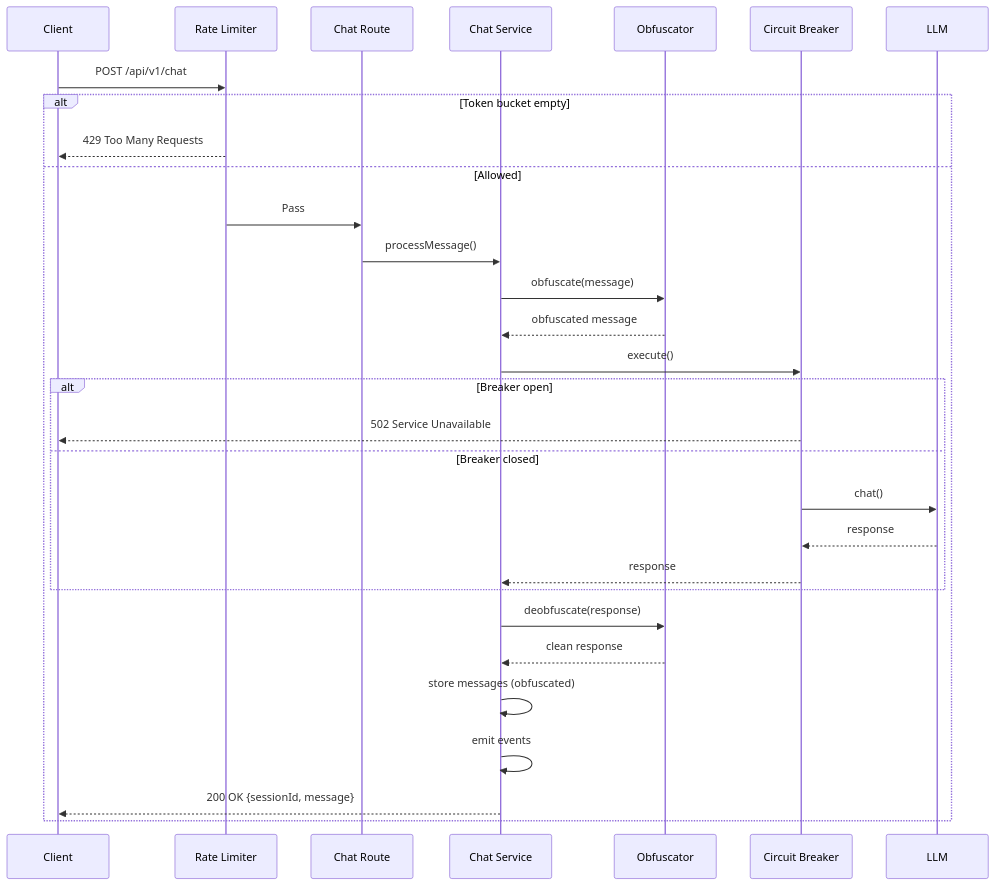
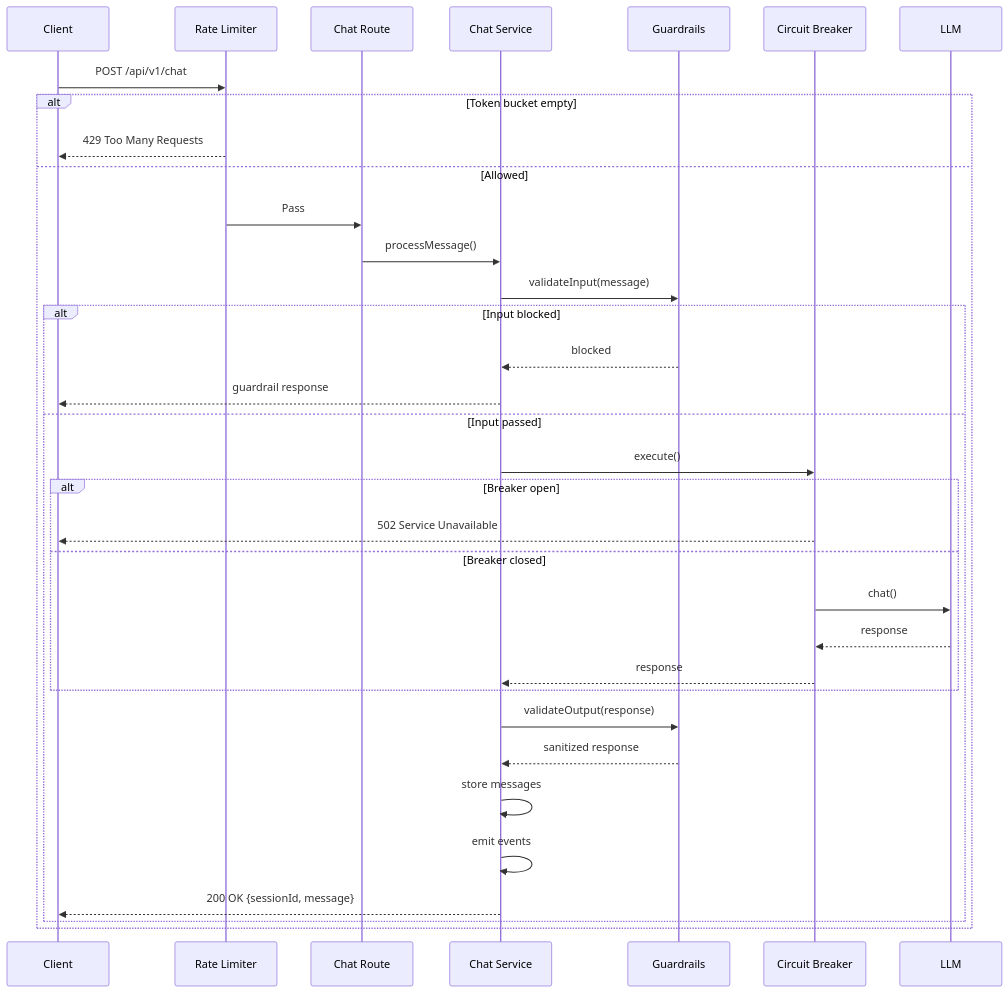
One commit to spencerjireh/portfolio-cms-express-backend-with-mcp-server changed the fourth of 8 diagrams in docs-site/architecture/high-level-design.md. Above: the diagram before and after it, drawn with Mermaid. The commit also changed other lines of this file and 22 other files, not shown here.

````diff
--- a/docs-site/architecture/high-level-design.md
+++ b/docs-site/architecture/high-level-design.md
@@ -149,33 +149,37 @@
 ```mermaid
 sequenceDiagram
     participant Client
     participant RateLimit as Rate Limiter
     participant ChatRoute as Chat Route
     participant ChatSvc as Chat Service
-    participant Obfuscate as Obfuscator
+    participant Guardrails as Guardrails
     participant Circuit as Circuit Breaker
     participant LLM
 
     Client->>RateLimit: POST /api/v1/chat
     alt Token bucket empty
         RateLimit-->>Client: 429 Too Many Requests
     else Allowed
         RateLimit->>ChatRoute: Pass
         ChatRoute->>ChatSvc: processMessage()
-        ChatSvc->>Obfuscate: obfuscate(message)
-        Obfuscate-->>ChatSvc: obfuscated message
-        ChatSvc->>Circuit: execute()
-        alt Breaker open
-            Circuit-->>Client: 502 Service Unavailable
-        else Breaker closed
-            Circuit->>LLM: chat()
-            LLM-->>Circuit: response
-            Circuit-->>ChatSvc: response
+        ChatSvc->>Guardrails: validateInput(message)
+        alt Input blocked
+            Guardrails-->>ChatSvc: blocked
+            ChatSvc-->>Client: guardrail response
+        else Input passed
+            ChatSvc->>Circuit: execute()
+            alt Breaker open
+                Circuit-->>Client: 502 Service Unavailable
+            else Breaker closed
+                Circuit->>LLM: chat()
+                LLM-->>Circuit: response
+                Circuit-->>ChatSvc: response
+            end
+            ChatSvc->>Guardrails: validateOutput(response)
+            Guardrails-->>ChatSvc: sanitized response
+            ChatSvc->>ChatSvc: store messages
+            ChatSvc->>ChatSvc: emit events
+            ChatSvc-->>Client: 200 OK {sessionId, message}
         end
-        ChatSvc->>Obfuscate: deobfuscate(response)
-        Obfuscate-->>ChatSvc: clean response
-        ChatSvc->>ChatSvc: store messages (obfuscated)
-        ChatSvc->>ChatSvc: emit events
-        ChatSvc-->>Client: 200 OK {sessionId, message}
     end
 ```
````
